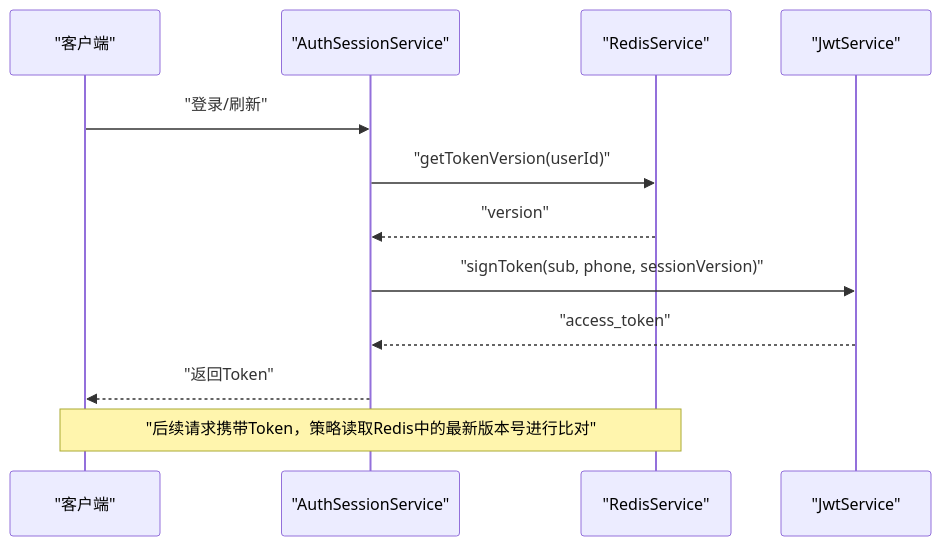
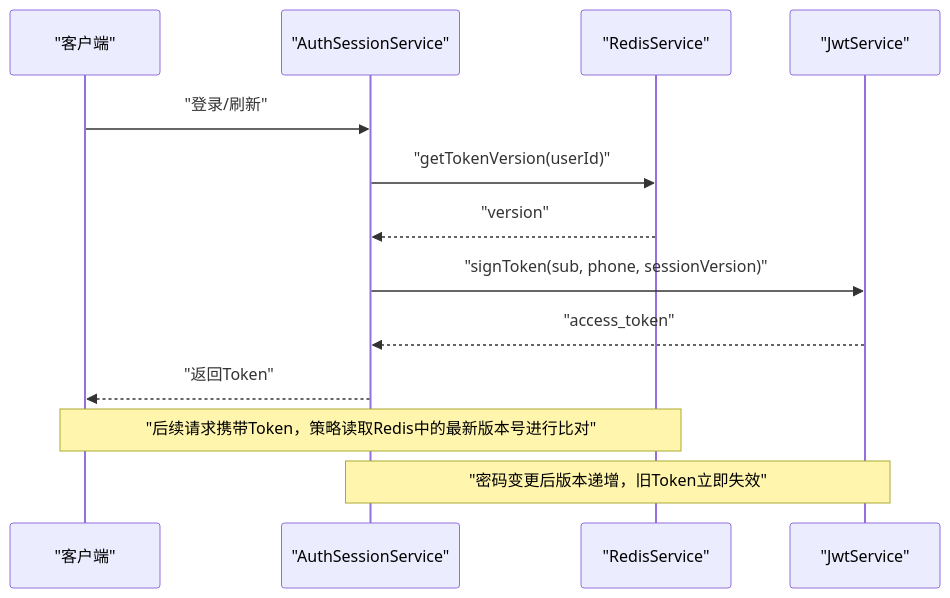
The fifth of 8 diagrams in .qoder/repowiki/zh/content/认证授权系统/安全最佳实践.md (rc558620/purelyprofit-server), drawn with Mermaid before and after one commit. The commit also changed other lines of this file and 164 other files, not shown here.

````diff
--- a/.qoder/repowiki/zh/content/认证授权系统/安全最佳实践.md
+++ b/.qoder/repowiki/zh/content/认证授权系统/安全最佳实践.md
@@ -228,14 +252,15 @@
 ```mermaid
 sequenceDiagram
 participant C as "客户端"
 participant SS as "AuthSessionService"
 participant R as "RedisService"
 participant J as "JwtService"
 C->>SS : "登录/刷新"
 SS->>R : "getTokenVersion(userId)"
 R-->>SS : "version"
 SS->>J : "signToken(sub, phone, sessionVersion)"
 J-->>SS : "access_token"
 SS-->>C : "返回Token"
 Note over C,R : "后续请求携带Token，策略读取Redis中的最新版本号进行比对"
+Note over SS,J : "密码变更后版本递增，旧Token立即失效"
 ```
````
